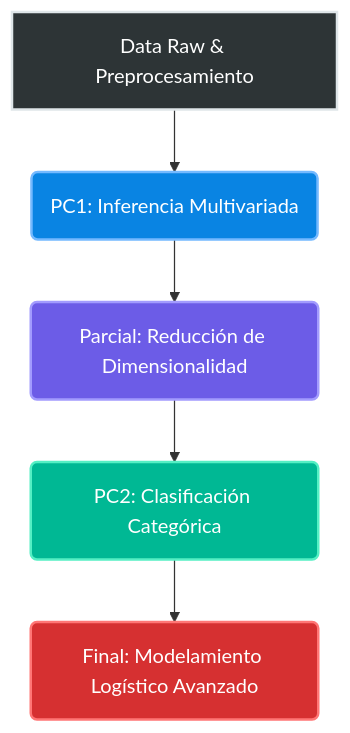
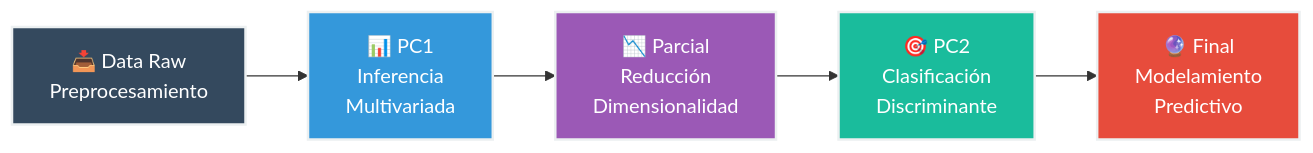
One commit to joseluis02678/Applied-Multivariate-Analysis changed the diagram in README.md. Above: the diagram before and after it, drawn with Mermaid. The commit also changed other lines of this file, not shown here.

````diff
--- a/README.md
+++ b/README.md
@@ -85,13 +155,13 @@
 ```mermaid
-graph TD
-    A[Data Raw & Preprocesamiento] --> B(PC1: Inferencia Multivariada)
-    B --> C(Parcial: Reducción de Dimensionalidad)
-    C --> D(PC2: Clasificación Categórica)
-    D --> E(Final: Modelamiento Logístico Avanzado)
+graph LR
+    A["📥 Data Raw<br/>Preprocesamiento"] --> B["📊 PC1<br/>Inferencia<br/>Multivariada"]
+    B --> C["📉 Parcial<br/>Reducción<br/>Dimensionalidad"]
+    C --> D["🎯 PC2<br/>Clasificación<br/>Discriminante"]
+    D --> E["🔮 Final<br/>Modelamiento<br/>Predictivo"]
     
-    style A fill:#2d3436,stroke:#dfe6e9,stroke-width:2px,color:#fff
-    style B fill:#0984e3,stroke:#74b9ff,stroke-width:2px,color:#fff
-    style C fill:#6c5ce7,stroke:#a29bfe,stroke-width:2px,color:#fff
-    style D fill:#00b894,stroke:#55efc4,stroke-width:2px,color:#fff
-    style E fill:#d63031,stroke:#ff7675,stroke-width:2px,color:#fff
+    style A fill:#34495e,stroke:#ecf0f1,stroke-width:2px,color:#fff
+    style B fill:#3498db,stroke:#ecf0f1,stroke-width:2px,color:#fff
+    style C fill:#9b59b6,stroke:#ecf0f1,stroke-width:2px,color:#fff
+    style D fill:#1abc9c,stroke:#ecf0f1,stroke-width:2px,color:#fff
+    style E fill:#e74c3c,stroke:#ecf0f1,stroke-width:2px,color:#fff
 ```
````
